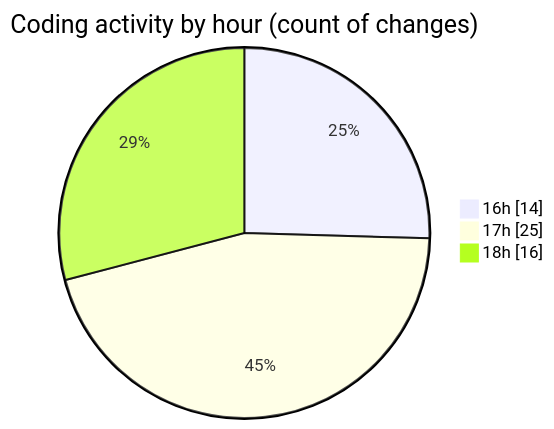
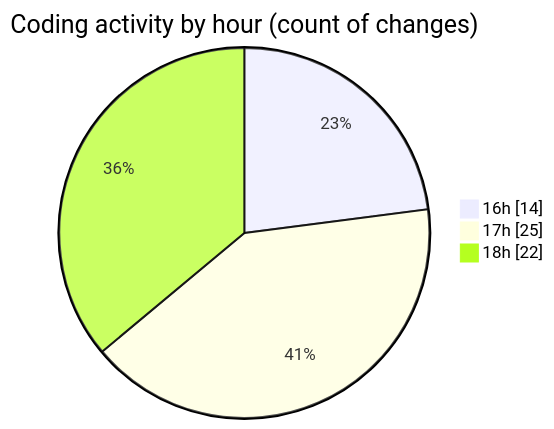
Before and after one commit to debugP/code-tracking: the second of 2 diagrams in 2026-10-20/untitled__workspace_/README.md, drawn with Mermaid. The commit also changed other lines of this file and 1 other file, not shown here.

````diff
--- a/2026-10-20/untitled__workspace_/README.md
+++ b/2026-10-20/untitled__workspace_/README.md
@@ -30,7 +30,7 @@
 ```mermaid
 pie showData
 title Coding activity by hour (count of changes)
 "16h" : 14
 "17h" : 25
-"18h" : 16
+"18h" : 22
 ```
````
